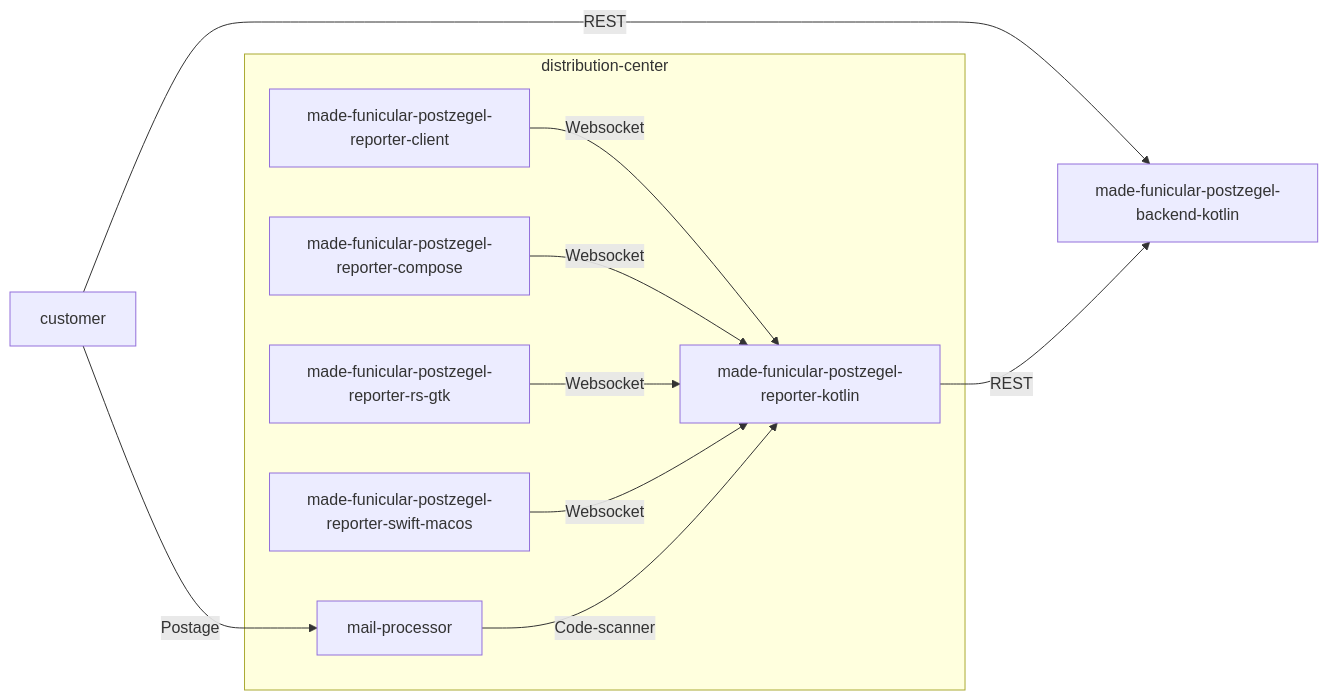
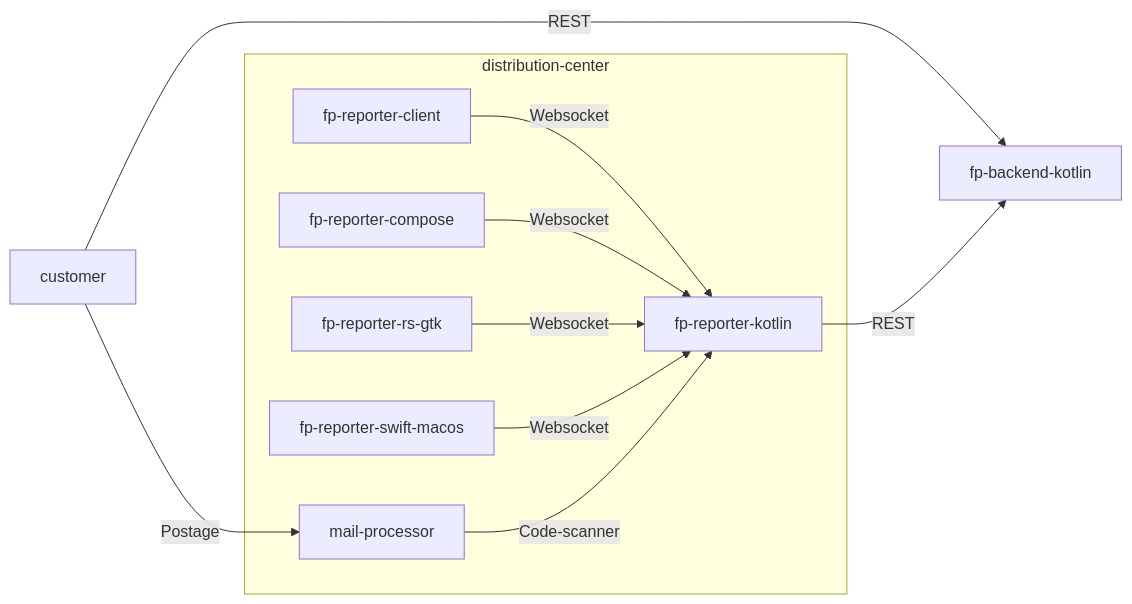
One commit to mvandermade/funicular-postcard changed the first of 3 diagrams in README.md. Above: the diagram before and after it, drawn with Mermaid. The commit also changed other lines of this file, not shown here.

````diff
--- a/README.md
+++ b/README.md
@@ -32,13 +32,13 @@
 ```mermaid
 graph LR
-  customer -->|REST| made-funicular-postzegel-backend-kotlin
-  made-funicular-postzegel-reporter-kotlin -->|REST| made-funicular-postzegel-backend-kotlin
+  customer -->|REST| fp-backend-kotlin
+  fp-reporter-kotlin -->|REST| fp-backend-kotlin
   subgraph distribution-center
-  made-funicular-postzegel-reporter-client -->|Websocket| made-funicular-postzegel-reporter-kotlin
-  made-funicular-postzegel-reporter-compose -->|Websocket| made-funicular-postzegel-reporter-kotlin
-  made-funicular-postzegel-reporter-rs-gtk -->|Websocket| made-funicular-postzegel-reporter-kotlin
-  made-funicular-postzegel-reporter-swift-macos --> |Websocket| made-funicular-postzegel-reporter-kotlin
-  mail-processor --> |Code-scanner| made-funicular-postzegel-reporter-kotlin
+  fp-reporter-client -->|Websocket| fp-reporter-kotlin
+  fp-reporter-compose -->|Websocket| fp-reporter-kotlin
+  fp-reporter-rs-gtk -->|Websocket| fp-reporter-kotlin
+  fp-reporter-swift-macos --> |Websocket| fp-reporter-kotlin
+  mail-processor --> |Code-scanner| fp-reporter-kotlin
   end
   customer --> |Postage| mail-processor
 ```
````
